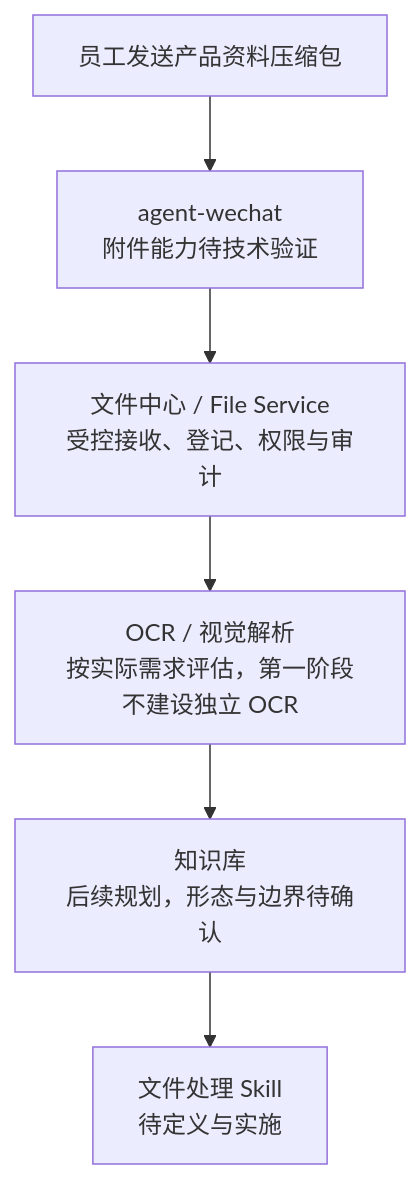
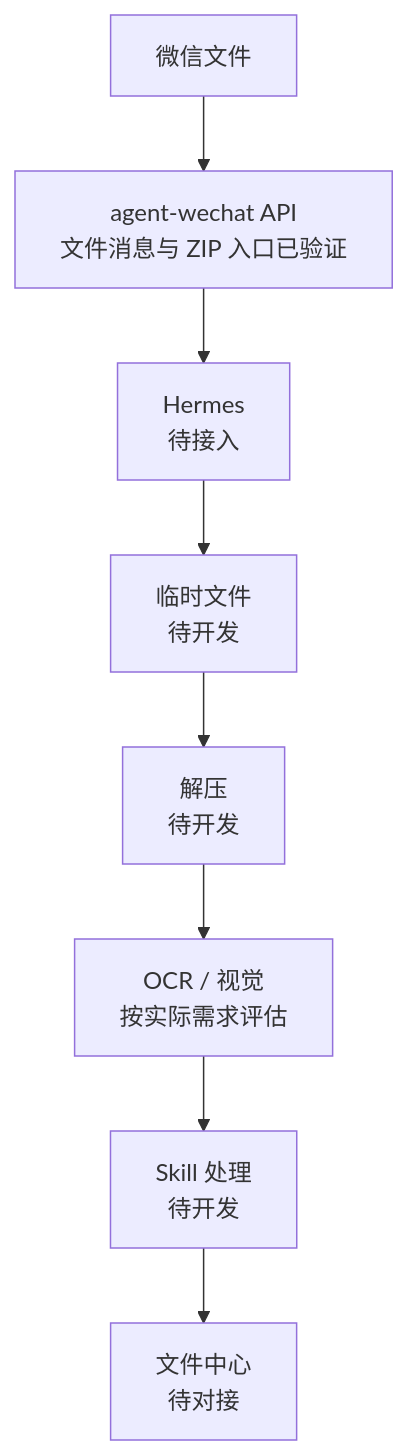
Before and after one commit to Tangbohu09527/CF_ecommerce-automation-docs: the third of 3 diagrams in architecture/message-flow.md, drawn with Mermaid. The commit also changed other lines of this file and 8 other files, not shown here.

Commit message:
docs: update AI automation status with agent-wechat validation

````diff
--- a/architecture/message-flow.md
+++ b/architecture/message-flow.md
@@ -70,8 +70,10 @@
 ```mermaid
 flowchart TB
-    E["员工发送产品资料压缩包"] --> W["agent-wechat<br/>附件能力待技术验证"]
-    W --> F["文件中心 / File Service<br/>受控接收、登记、权限与审计"]
-    F --> V["OCR / 视觉解析<br/>按实际需求评估，第一阶段不建设独立 OCR"]
-    V --> K["知识库<br/>后续规划，形态与边界待确认"]
-    K --> S["文件处理 Skill<br/>待定义与实施"]
+    E["微信文件"] --> W["agent-wechat API<br/>文件消息与 ZIP 入口已验证"]
+    W --> H["Hermes<br/>待接入"]
+    H --> T["临时文件<br/>待开发"]
+    T --> U["解压<br/>待开发"]
+    U --> V["OCR / 视觉<br/>按实际需求评估"]
+    V --> S["Skill 处理<br/>待开发"]
+    S --> F["文件中心<br/>待对接"]
 ```
````
